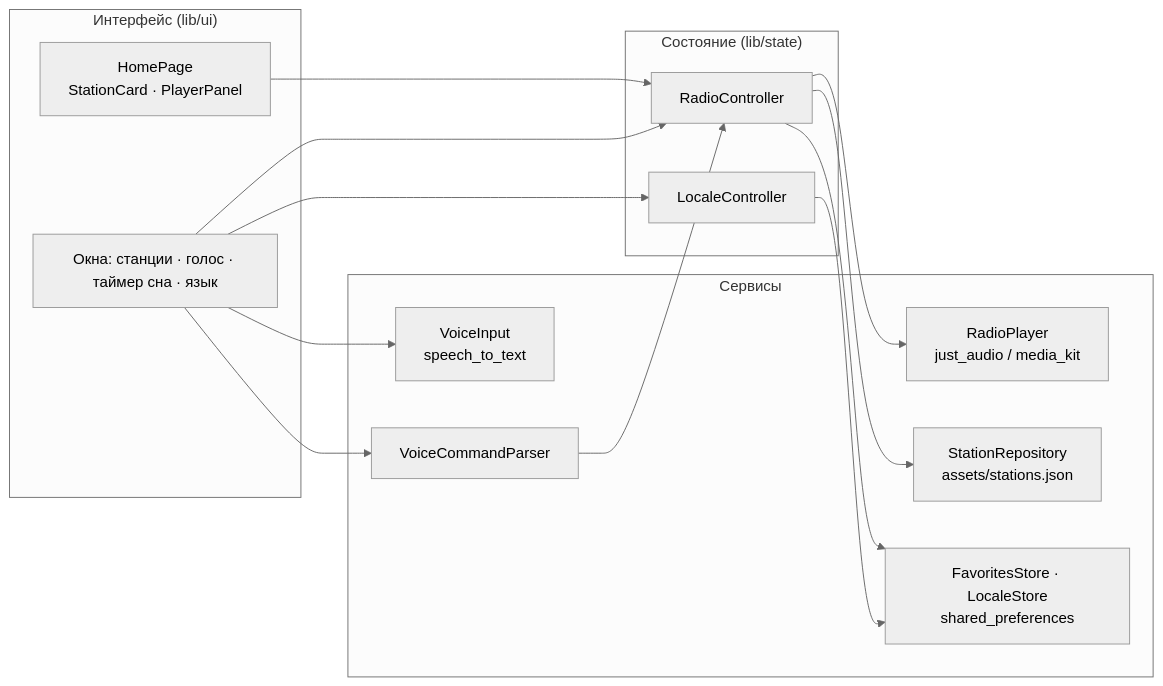
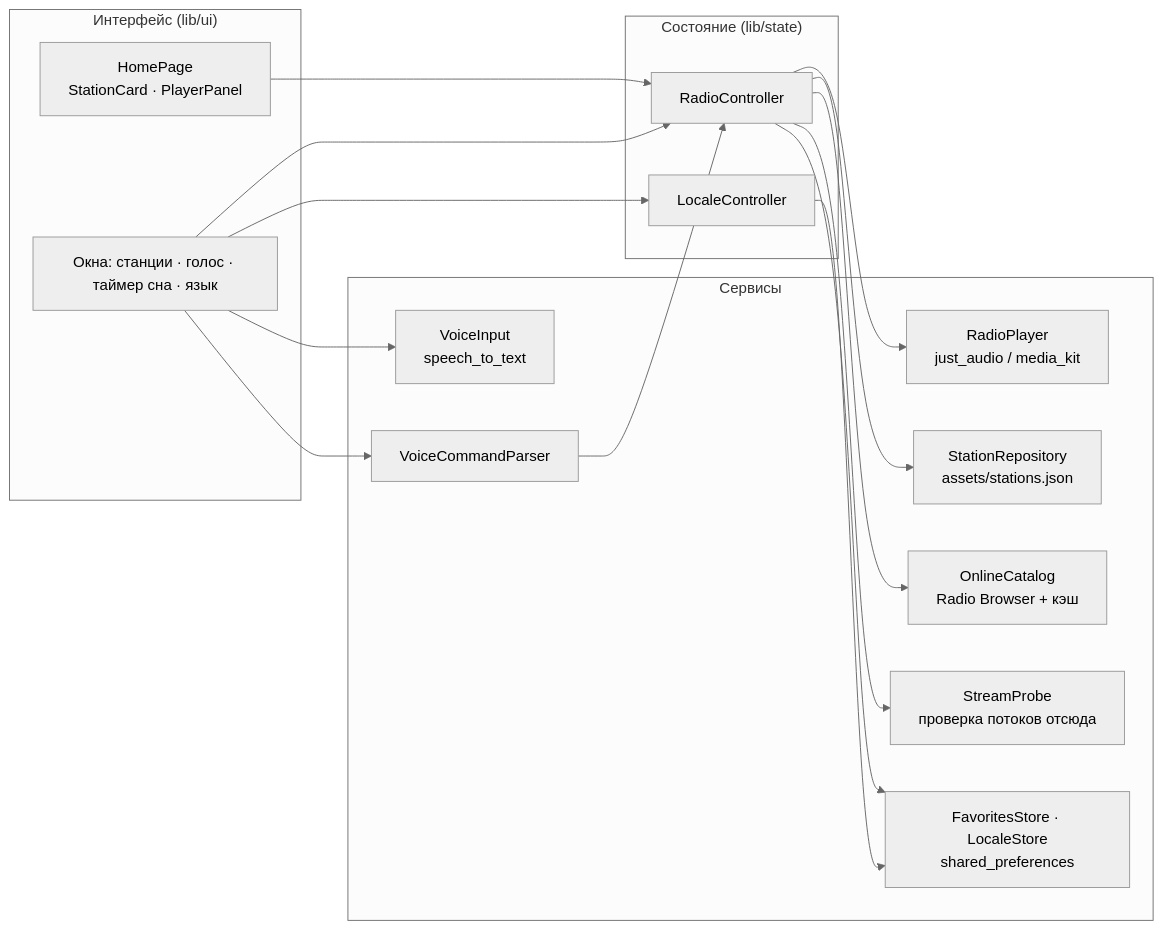
The diagram in README.ru.md (Staery/radioapp), drawn with Mermaid (neutral theme) before and after one commit. The commit also changed other lines of this file and 7 other files, not shown here.

````diff
--- a/README.ru.md
+++ b/README.ru.md
@@ -84,30 +93,34 @@
 ```mermaid
 flowchart LR
     subgraph UI["Интерфейс (lib/ui)"]
         H[HomePage<br/>StationCard · PlayerPanel]
         SH[Окна: станции · голос · таймер сна · язык]
     end
 
     subgraph State["Состояние (lib/state)"]
         RC[RadioController]
         LC[LocaleController]
     end
 
     subgraph Services["Сервисы"]
         P[RadioPlayer<br/>just_audio / media_kit]
         V[VoiceInput<br/>speech_to_text]
         VP[VoiceCommandParser]
         R[StationRepository<br/>assets/stations.json]
+        OC[OnlineCatalog<br/>Radio Browser + кэш]
+        SP[StreamProbe<br/>проверка потоков отсюда]
         F[FavoritesStore · LocaleStore<br/>shared_preferences]
     end
 
     H --> RC
     SH --> RC
     SH --> LC
     SH --> V
     SH --> VP --> RC
     RC --> P
     RC --> R
+    RC --> OC
+    RC --> SP
     RC --> F
     LC --> F
 ```
````
